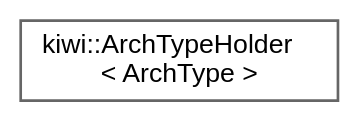
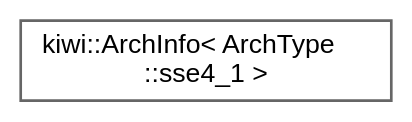
The diagram in inherit_graph_11.dot (bab2min/Kiwi), drawn with Graphviz before and after one commit. The commit also changed 160 other files, not shown here.

```diff
--- a/inherit_graph_11.dot
+++ b/inherit_graph_11.dot
@@ -1,9 +1,9 @@
 digraph "Graphical Class Hierarchy"
 {
  // LATEX_PDF_SIZE
   bgcolor="transparent";
   edge [fontname=Helvetica,fontsize=10,labelfontname=Helvetica,labelfontsize=10];
   node [fontname=Helvetica,fontsize=10,shape=box,height=0.2,width=0.4];
   rankdir="LR";
-  Node0 [id="Node000000",label="kiwi::ArchTypeHolder\l\< ArchType \>",height=0.2,width=0.4,color="grey40", fillcolor="white", style="filled",URL="$structkiwi_1_1ArchTypeHolder.html",tooltip=" "];
+  Node0 [id="Node000000",label="kiwi::ArchInfo\< ArchType\l::sse4_1 \>",height=0.2,width=0.4,color="grey40", fillcolor="white", style="filled",URL="$structkiwi_1_1ArchInfo_3_01ArchType_1_1sse4__1_01_4.html",tooltip=" "];
 }
```
